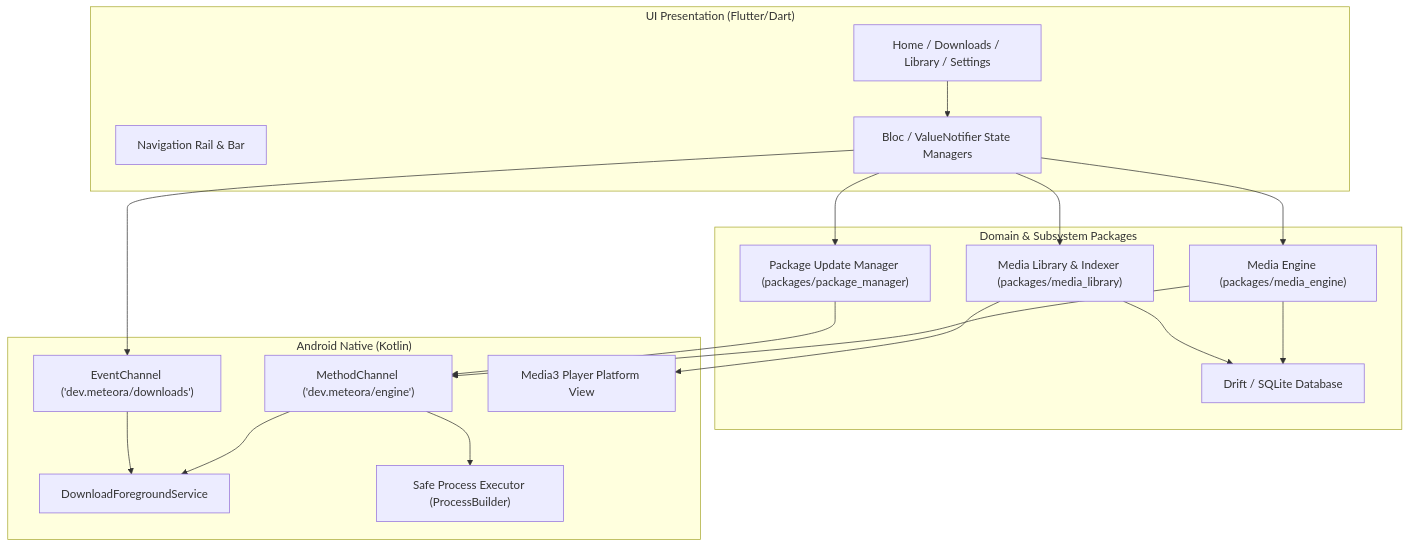
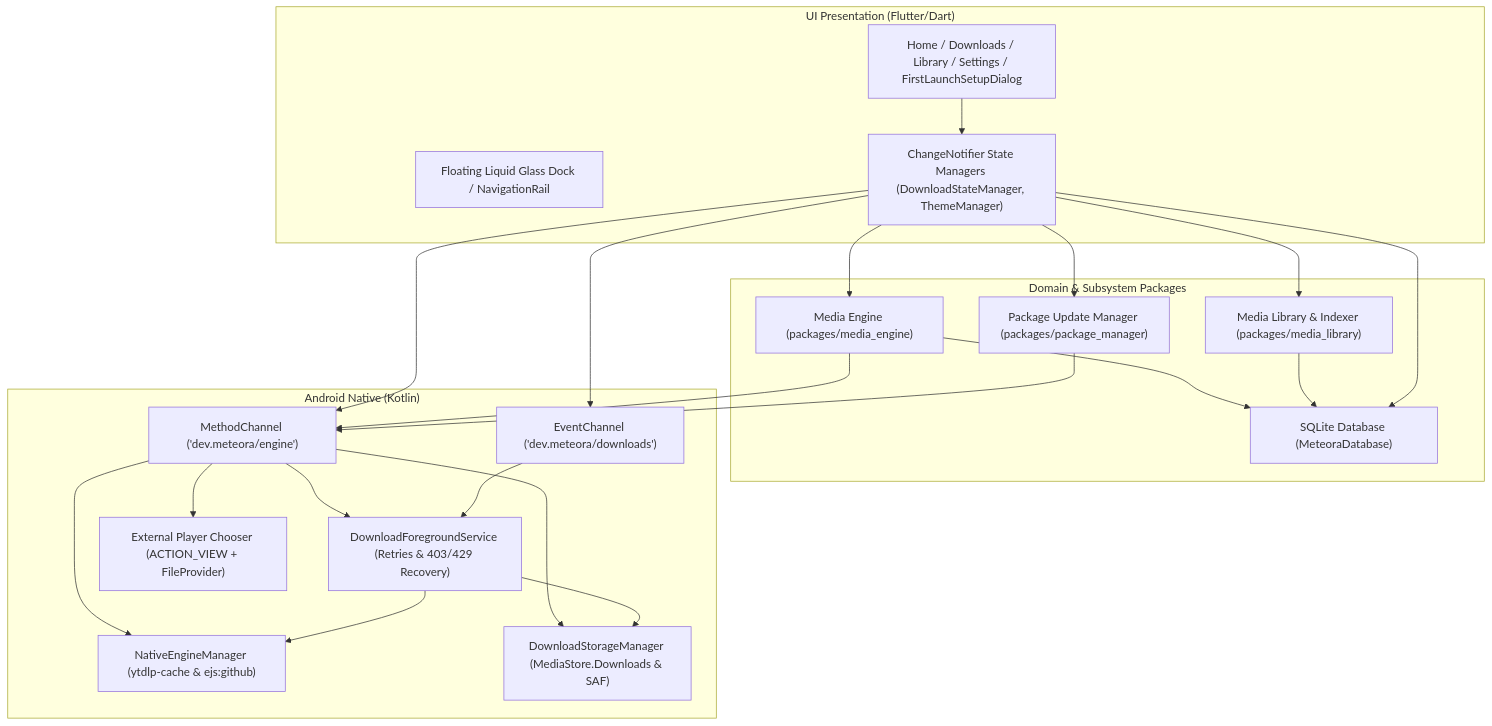
Before and after one commit to ameya-deshpande-5056/meteora-dl: the first of 2 diagrams in docs/ARCHITECTURE.md, drawn with Mermaid. The commit also changed other lines of this file and 48 other files, not shown here.

First line of the commit message:
chore: Bump release tag and align stack with SQLite, Media3, and ProcessBuilder workflow

````diff
--- a/docs/ARCHITECTURE.md
+++ b/docs/ARCHITECTURE.md
@@ -7,39 +7,45 @@
 ```mermaid
 graph TD
     subgraph UI_Presentation ["UI Presentation (Flutter/Dart)"]
-        Nav["Navigation Rail & Bar"]
-        Screens["Home / Downloads / Library / Settings"]
-        State["Bloc / ValueNotifier State Managers"]
+        Nav["Floating Liquid Glass Dock / NavigationRail"]
+        Screens["Home / Downloads / Library / Settings / FirstLaunchSetupDialog"]
+        State["ChangeNotifier State Managers (DownloadStateManager, ThemeManager)"]
     end
 
     subgraph Core_Domain ["Domain & Subsystem Packages"]
         Engine["Media Engine (packages/media_engine)"]
         PkgMgr["Package Update Manager (packages/package_manager)"]
         Library["Media Library & Indexer (packages/media_library)"]
-        Storage["Drift / SQLite Database"]
+        Storage["SQLite Database (MeteoraDatabase)"]
     end
 
     subgraph Native_Platform ["Android Native (Kotlin)"]
         MethodChannel["MethodChannel ('dev.meteora/engine')"]
         EventChannel["EventChannel ('dev.meteora/downloads')"]
-        Service["DownloadForegroundService"]
-        NativeProc["Safe Process Executor (ProcessBuilder)"]
-        Media3["Media3 Player Platform View"]
+        Service["DownloadForegroundService (Retries & 403/429 Recovery)"]
+        NativeEngine["NativeEngineManager (ytdlp-cache & ejs:github)"]
+        StorageMgr["DownloadStorageManager (MediaStore.Downloads & SAF)"]
+        ExternalPlayer["External Player Chooser (ACTION_VIEW + FileProvider)"]
     end
 
     Screens --> State
     State --> Engine
     State --> PkgMgr
     State --> Library
     Engine --> Storage
     Library --> Storage
+    State --> Storage
     
     Engine --> MethodChannel
     PkgMgr --> MethodChannel
+    State --> MethodChannel
     State --> EventChannel
     
     MethodChannel --> Service
-    MethodChannel --> NativeProc
+    MethodChannel --> NativeEngine
+    MethodChannel --> StorageMgr
+    MethodChannel --> ExternalPlayer
     EventChannel --> Service
-    Library --> Media3
+    Service --> NativeEngine
+    Service --> StorageMgr
 ```
````
